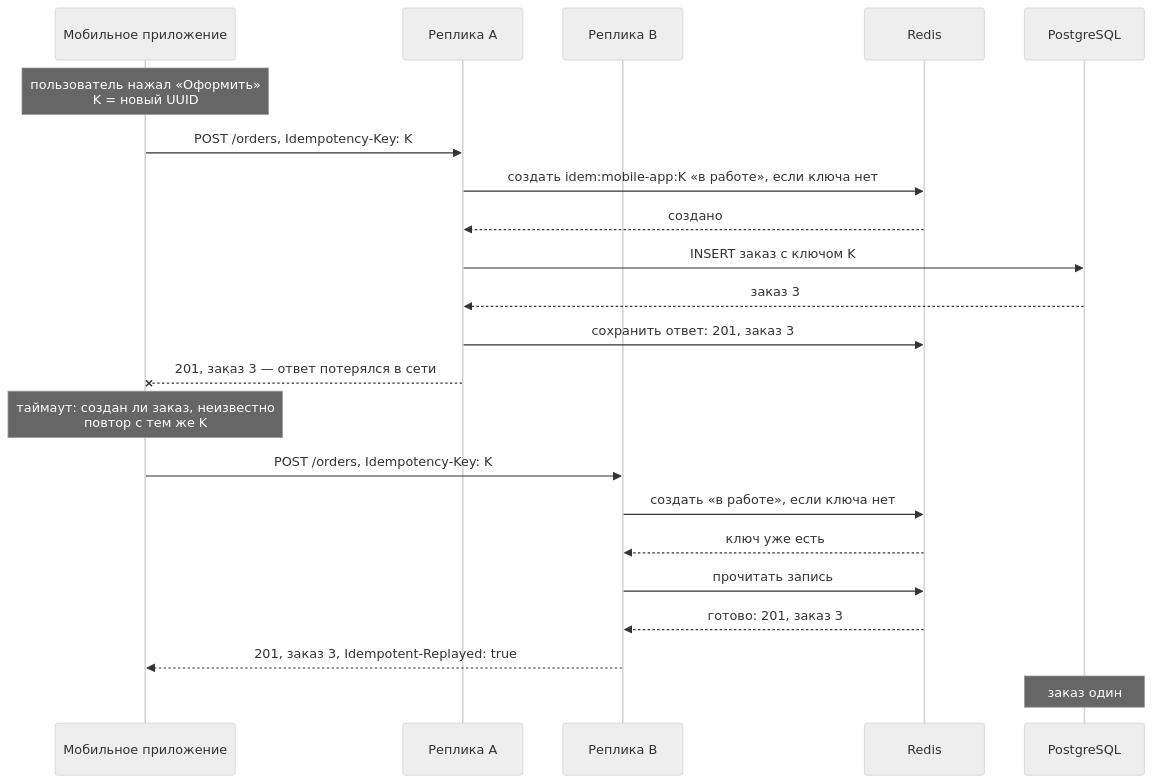
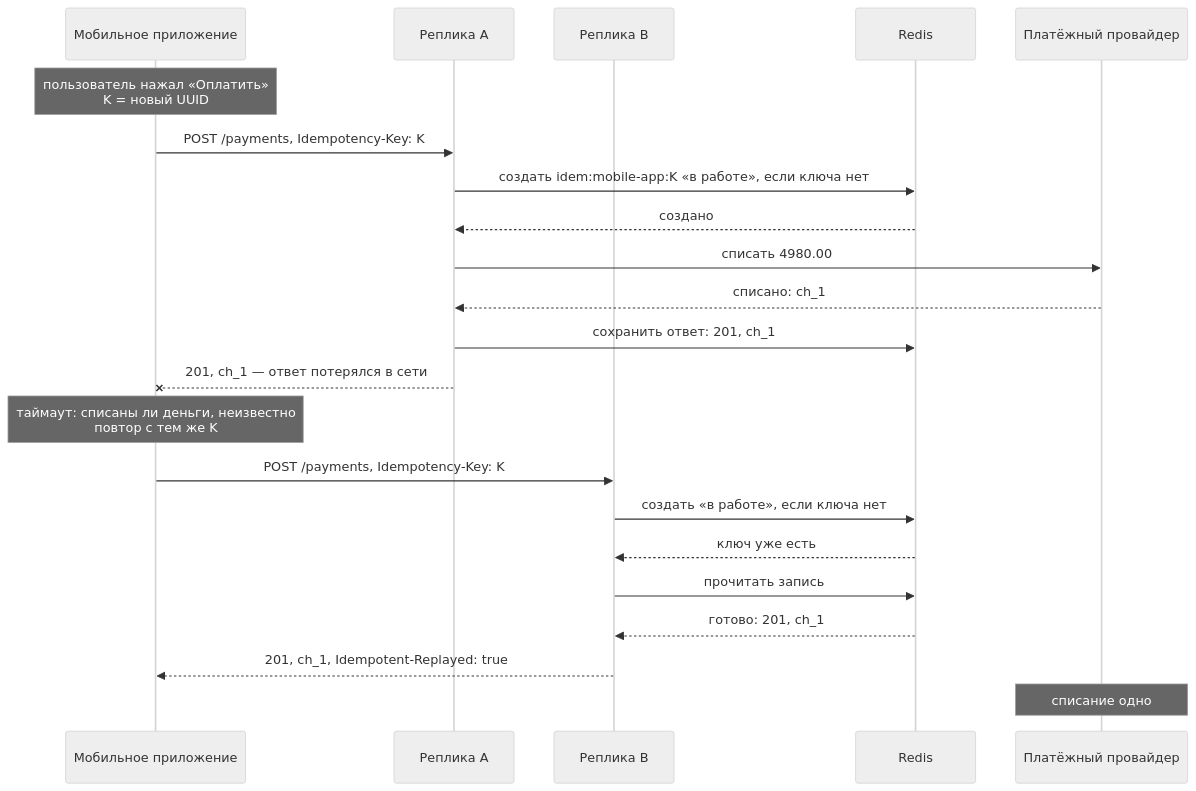
Before and after one commit to olaaa/redis-patterns-lab: the second of 5 diagrams in docs/scenarios/04-idempotency.md, drawn with Mermaid (neutral theme). The commit also changed other lines of this file and 21 other files, not shown here.

````diff
--- a/docs/scenarios/04-idempotency.md
+++ b/docs/scenarios/04-idempotency.md
@@ -103,24 +95,24 @@
 ```mermaid
 sequenceDiagram
     participant C as Мобильное приложение
     participant A as Реплика A
     participant B as Реплика B
     participant R as Redis
-    participant P as PostgreSQL
-    Note over C: пользователь нажал «Оформить»<br/>K = новый UUID
-    C->>A: POST /orders, Idempotency-Key: K
+    participant X as Платёжный провайдер
+    Note over C: пользователь нажал «Оплатить»<br/>K = новый UUID
+    C->>A: POST /payments, Idempotency-Key: K
     A->>R: создать idem:mobile-app:K «в работе», если ключа нет
     R-->>A: создано
-    A->>P: INSERT заказ с ключом K
-    P-->>A: заказ 3
-    A->>R: сохранить ответ: 201, заказ 3
-    A--xC: 201, заказ 3 — ответ потерялся в сети
-    Note over C: таймаут: создан ли заказ, неизвестно<br/>повтор с тем же K
-    C->>B: POST /orders, Idempotency-Key: K
+    A->>X: списать 4980.00
+    X-->>A: списано: ch_1
+    A->>R: сохранить ответ: 201, ch_1
+    A--xC: 201, ch_1 — ответ потерялся в сети
+    Note over C: таймаут: списаны ли деньги, неизвестно<br/>повтор с тем же K
+    C->>B: POST /payments, Idempotency-Key: K
     B->>R: создать «в работе», если ключа нет
     R-->>B: ключ уже есть
     B->>R: прочитать запись
-    R-->>B: готово: 201, заказ 3
-    B-->>C: 201, заказ 3, Idempotent-Replayed: true
-    Note over P: заказ один
+    R-->>B: готово: 201, ch_1
+    B-->>C: 201, ch_1, Idempotent-Replayed: true
+    Note over X: списание одно
 ```
````
